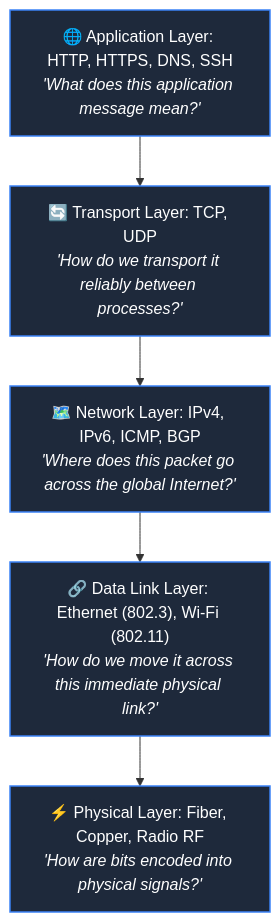
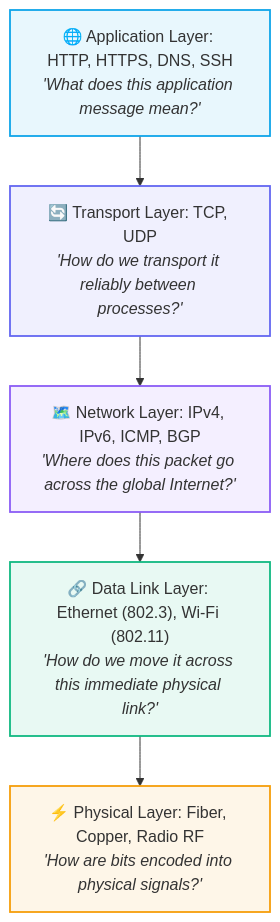
Before and after one commit to abhinavbharti2345/CS_Notes: the second of 2 diagrams in Computer Networking/Network Protocols and Standards.md, drawn with Mermaid. The commit also changed other lines of this file and 47 other files, not shown here.

Commit message:
docs: add computer science study notes and generate graphify visualization output

````diff
--- a/Computer Networking/Network Protocols and Standards.md
+++ b/Computer Networking/Network Protocols and Standards.md
@@ -73,13 +73,22 @@
 ```mermaid
 flowchart TD
     L5["🌐 Application Layer: HTTP, HTTPS, DNS, SSH<br/><i>'What does this application message mean?'</i>"]
     L4["🔄 Transport Layer: TCP, UDP<br/><i>'How do we transport it reliably between processes?'</i>"]
     L3["🗺️ Network Layer: IPv4, IPv6, ICMP, BGP<br/><i>'Where does this packet go across the global Internet?'</i>"]
     L2["🔗 Data Link Layer: Ethernet (802.3), Wi-Fi (802.11)<br/><i>'How do we move it across this immediate physical link?'</i>"]
     L1["⚡ Physical Layer: Fiber, Copper, Radio RF<br/><i>'How are bits encoded into physical signals?'</i>"]
 
     L5 --> L4 --> L3 --> L2 --> L1
 
-    classDef layer fill:#1e293b,stroke:#3b82f6,stroke-width:1.5px,color:#fff;
-    class L5,L4,L3,L2,L1 layer;
+    classDef l5 fill:#0ea5e918,stroke:#0ea5e9,stroke-width:1.8px;
+    classDef l4 fill:#6366f118,stroke:#6366f1,stroke-width:1.8px;
+    classDef l3 fill:#8b5cf618,stroke:#8b5cf6,stroke-width:1.8px;
+    classDef l2 fill:#10b98118,stroke:#10b981,stroke-width:1.8px;
+    classDef l1 fill:#f59e0b18,stroke:#f59e0b,stroke-width:1.8px;
+
+    class L5 l5;
+    class L4 l4;
+    class L3 l3;
+    class L2 l2;
+    class L1 l1;
 ```
````
